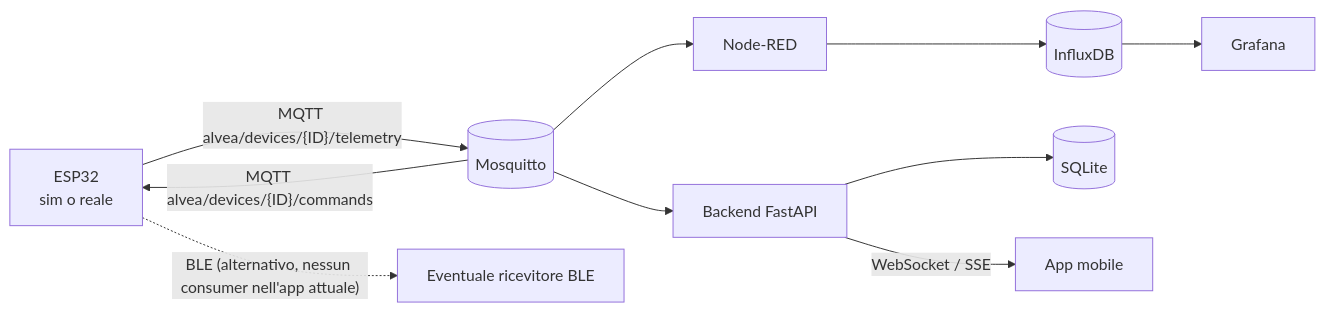
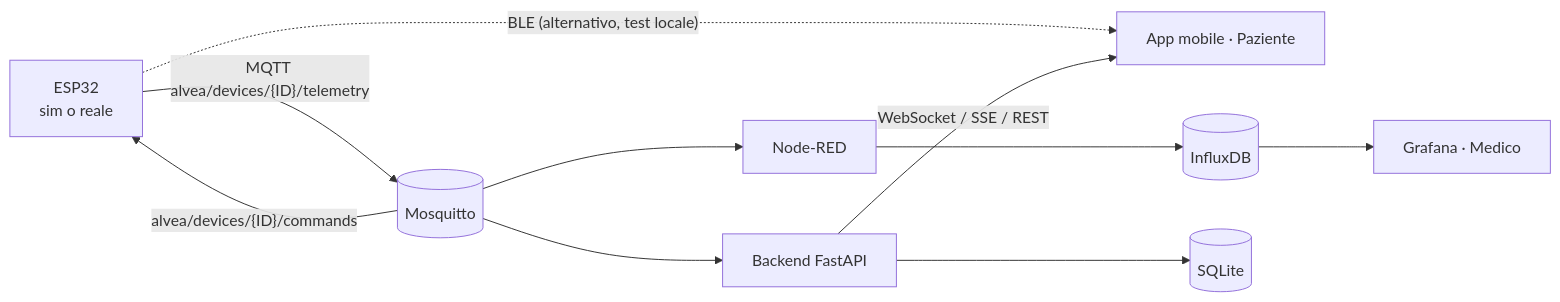
Before and after one commit to acrisci05/Alvea: the first of 3 diagrams in README.md, drawn with Mermaid. The commit also changed other lines of this file, not shown here.

Commit message:
Aggiornato: README - hero con badge, diagrammi architettura/pipeline/sequenza, payload, scenari, conformita' ai requisiti, avvio rapido e link alla documentazione

````diff
--- a/README.md
+++ b/README.md
@@ -18,9 +50,9 @@
 ```mermaid
 flowchart LR
-    FW[ESP32<br/>sim o reale] -- "MQTT alvea/devices/{ID}/telemetry" --> MQ[(Mosquitto)]
-    MQ -- "MQTT alvea/devices/{ID}/commands" --> FW
-    FW -. "BLE (alternativo, nessun consumer nell'app attuale)" .-> BLE_RX[Eventuale ricevitore BLE]
-    MQ --> NR[Node-RED] --> IDB[(InfluxDB)] --> GF[Grafana]
+    FW["ESP32<br/>sim o reale"] -- "MQTT alvea/devices/{ID}/telemetry" --> MQ[(Mosquitto)]
+    MQ -- "alvea/devices/{ID}/commands" --> FW
+    FW -. "BLE (alternativo, test locale)" .-> APP[App mobile]
+    MQ --> NR[Node-RED] --> IDB[(InfluxDB)] --> GF[Grafana · Medico]
     MQ --> BE[Backend FastAPI] --> SQL[(SQLite)]
-    BE -- "WebSocket / SSE" --> APP[App mobile]
+    BE -- "WebSocket / SSE / REST" --> APP[App mobile · Paziente]
 ```
````
